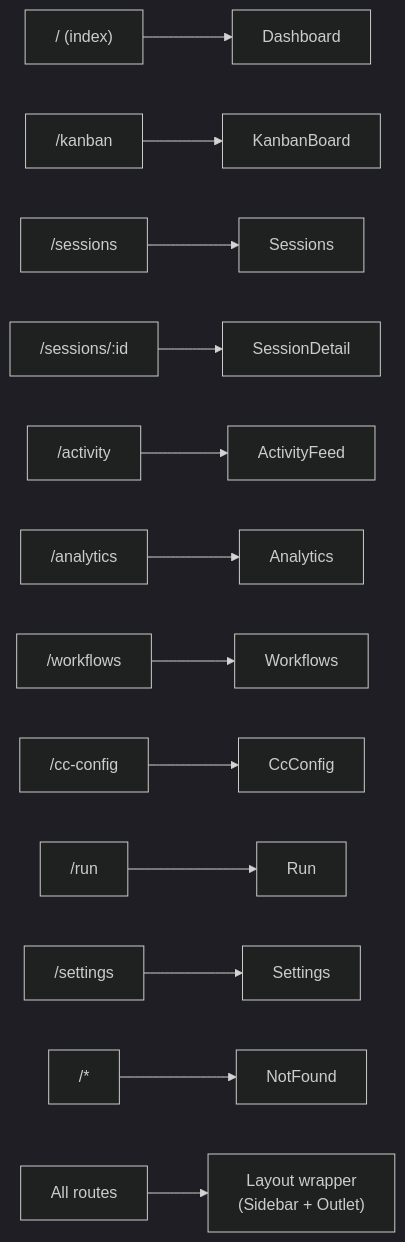
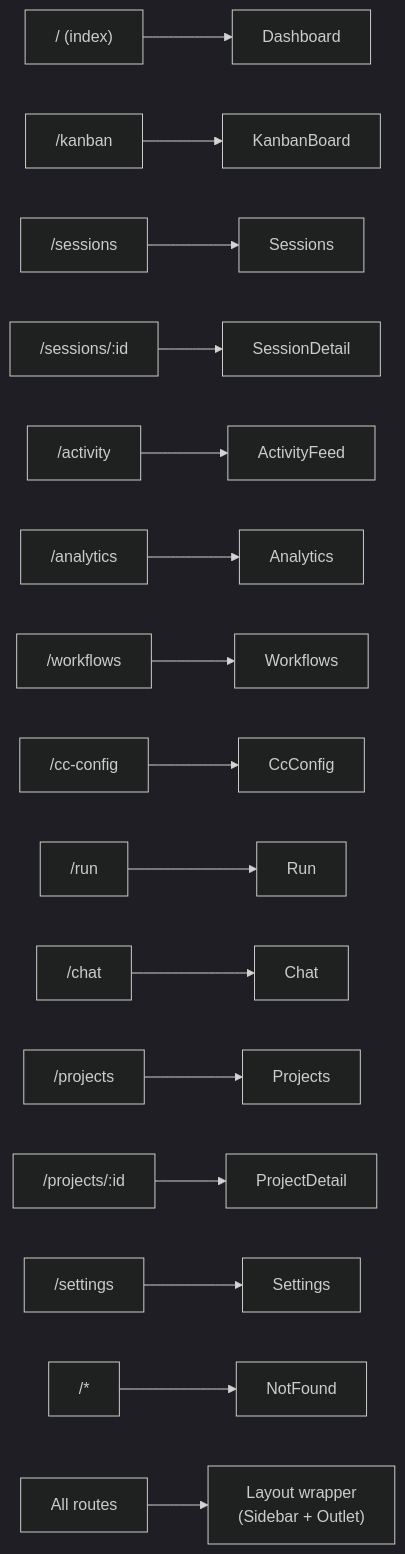
Before and after one commit to MrZarrar/Jarvis-Sub-Agent-Dashboard: the ninth of 48 diagrams in ARCHITECTURE.md, drawn with Mermaid (dark theme). The commit also changed other lines of this file and 83 other files, not shown here.

First line of the commit message:
Phases E-I: multi-provider chat, Projects, Notes+brain, Skills, GitHub panel

````diff
--- a/ARCHITECTURE.md
+++ b/ARCHITECTURE.md
@@ -642,16 +919,19 @@
 ```mermaid
 graph LR
     ROOT["/ (index)"] --> DASH[Dashboard]
     KANBAN_R["/kanban"] --> KANBAN[KanbanBoard]
     SESS_R["/sessions"] --> SESS[Sessions]
     DETAIL_R["/sessions/:id"] --> DETAIL[SessionDetail]
     ACT_R["/activity"] --> ACT[ActivityFeed]
     AN_R["/analytics"] --> AN[Analytics]
     WF_R["/workflows"] --> WF[Workflows]
     CC_R["/cc-config"] --> CC[CcConfig]
     RUN_R["/run"] --> RUN[Run]
+    CHAT_R["/chat"] --> CHAT[Chat]
+    PROJ_R["/projects"] --> PROJ[Projects]
+    PROJD_R["/projects/:id"] --> PROJD[ProjectDetail]
     SET_R["/settings"] --> SET[Settings]
     NF_R["/*"] --> NF[NotFound]
 
     ALL["All routes"] --> LAYOUT["Layout wrapper<br/>(Sidebar + Outlet)"]
 ```
````
